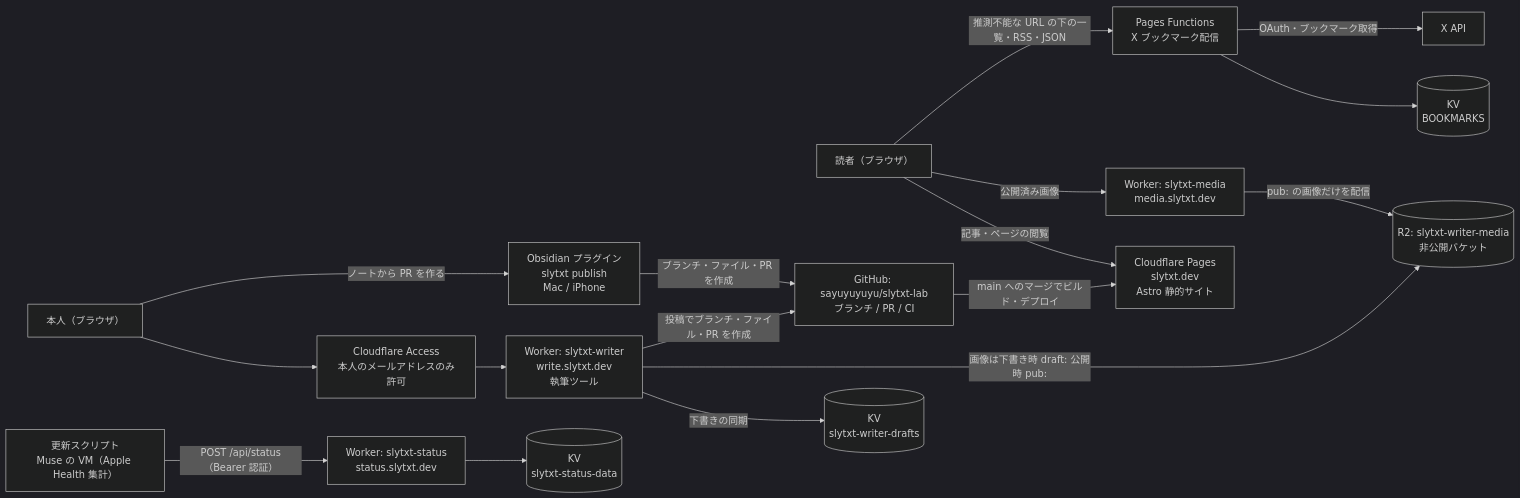
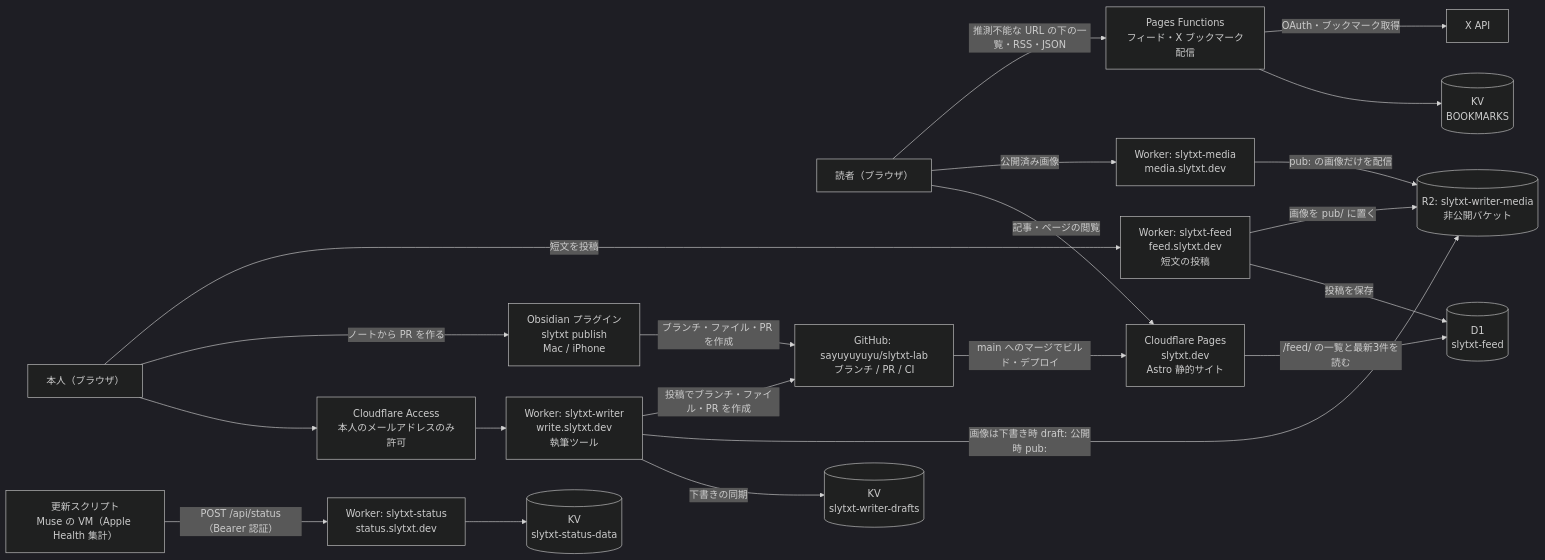
Before and after one commit to sayuyuyuyu/slytxt-lab: the diagram in docs/diagrams/overview.mmd, drawn with Mermaid (dark theme). The commit also changed 2 other files, not shown here.

Commit message:
docs: architecture と全体構成図に短文フィードを載せる (#819)

```diff
--- a/docs/diagrams/overview.mmd
+++ b/docs/diagrams/overview.mmd
@@ -1,33 +1,39 @@
 flowchart LR
   reader["読者（ブラウザ）"]
   author["本人（ブラウザ）"]
   access["Cloudflare Access<br/>本人のメールアドレスのみ許可"]
   pages["Cloudflare Pages<br/>slytxt.dev<br/>Astro 静的サイト"]
-  functions["Pages Functions<br/>X ブックマーク配信"]
+  functions["Pages Functions<br/>フィード・X ブックマーク配信"]
   bmKv[("KV<br/>BOOKMARKS")]
   xapi["X API"]
   writer["Worker: slytxt-writer<br/>write.slytxt.dev<br/>執筆ツール"]
+  feedWorker["Worker: slytxt-feed<br/>feed.slytxt.dev<br/>短文の投稿"]
   obsidian["Obsidian プラグイン<br/>slytxt publish<br/>Mac / iPhone"]
   draftsKv[("KV<br/>slytxt-writer-drafts")]
+  feedD1[("D1<br/>slytxt-feed")]
   r2[("R2: slytxt-writer-media<br/>非公開バケット")]
   media["Worker: slytxt-media<br/>media.slytxt.dev"]
   github["GitHub: sayuyuyuyu/slytxt-lab<br/>ブランチ / PR / CI"]
   status["Worker: slytxt-status<br/>status.slytxt.dev"]
   statusKv[("KV<br/>slytxt-status-data")]
   updater["更新スクリプト<br/>Muse の VM（Apple Health 集計）"]
 
   reader -->|記事・ページの閲覧| pages
   reader -->|公開済み画像| media
   reader -->|推測不能な URL の下の一覧・RSS・JSON| functions
   functions --> bmKv
   functions -->|OAuth・ブックマーク取得| xapi
   author --> access --> writer
   author -->|ノートから PR を作る| obsidian
   obsidian -->|ブランチ・ファイル・PR を作成| github
+  author -->|短文を投稿| feedWorker
+  feedWorker -->|投稿を保存| feedD1
+  feedWorker -->|画像を pub/ に置く| r2
+  pages -->|/feed/ の一覧と最新3件を読む| feedD1
   writer -->|下書きの同期| draftsKv
   writer -->|画像は下書き時 draft: 公開時 pub:| r2
   writer -->|投稿でブランチ・ファイル・PR を作成| github
   github -->|main へのマージでビルド・デプロイ| pages
   media -->|pub: の画像だけを配信| r2
   status --> statusKv
   updater -->|POST /api/status（Bearer 認証）| status
```
